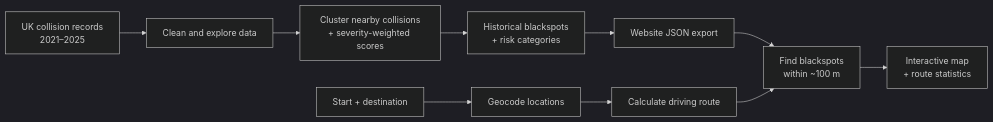
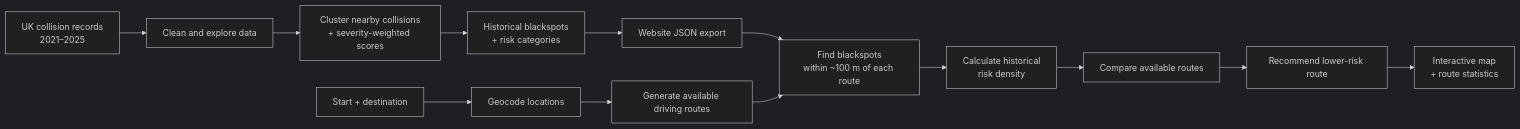
Before and after one commit to Dhejasvibaskar/Road-Accident-Blackspot-Prediction: the diagram in README.md, drawn with Mermaid (dark theme). The commit also changed other lines of this file, not shown here.

Commit message:
Add safer route comparison and update project documentation

````diff
--- a/README.md
+++ b/README.md
@@ -95,12 +102,18 @@
 ```mermaid
 flowchart LR
     A[UK collision records<br/>2021–2025] --> B[Clean and explore data]
     B --> C[Cluster nearby collisions<br/>+ severity-weighted scores]
     C --> D[Historical blackspots<br/>+ risk categories]
     D --> E[Website JSON export]
+
     F[Start + destination] --> G[Geocode locations]
-    G --> H[Calculate driving route]
-    E --> I[Find blackspots<br/>within ~100 m]
+    G --> H[Generate available driving routes]
+
+    E --> I[Find blackspots<br/>within ~100 m of each route]
     H --> I
-    I --> J[Interactive map<br/>+ route statistics]
+
+    I --> J[Calculate historical<br/>risk density]
+    J --> K[Compare available routes]
+    K --> L[Recommend lower-risk route]
+    L --> M[Interactive map<br/>+ route statistics]
 ```
````
